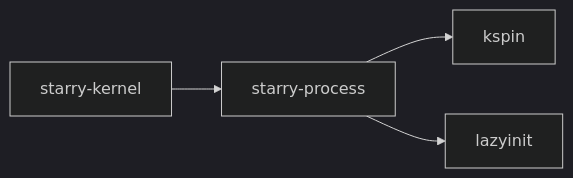
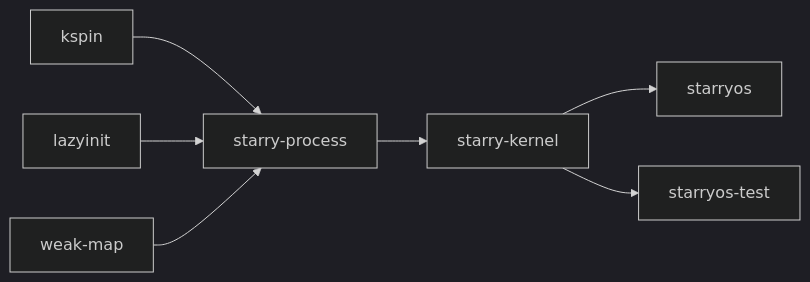
One commit to rcore-os/tgoskits changed the third of 3 diagrams in docs/crates/starry-process.md. Above: the diagram before and after it, drawn with Mermaid (dark theme). The commit also changed other lines of this file and 99 other files, not shown here.

````diff
--- a/docs/crates/starry-process.md
+++ b/docs/crates/starry-process.md
@@ -34,7 +125,10 @@
 ```mermaid
 graph LR
-    current["starry-process"]
-    current --> kspin["kspin"]
-    current --> lazyinit["lazyinit"]
-    starry_kernel["starry-kernel"] --> current
+    kspin["kspin"] --> sp["starry-process"]
+    lazyinit["lazyinit"] --> sp
+    weakmap["weak-map"] --> sp
+
+    sp --> starry["starry-kernel"]
+    starry --> starryos["starryos"]
+    starry --> starrytest["starryos-test"]
 ```
````
